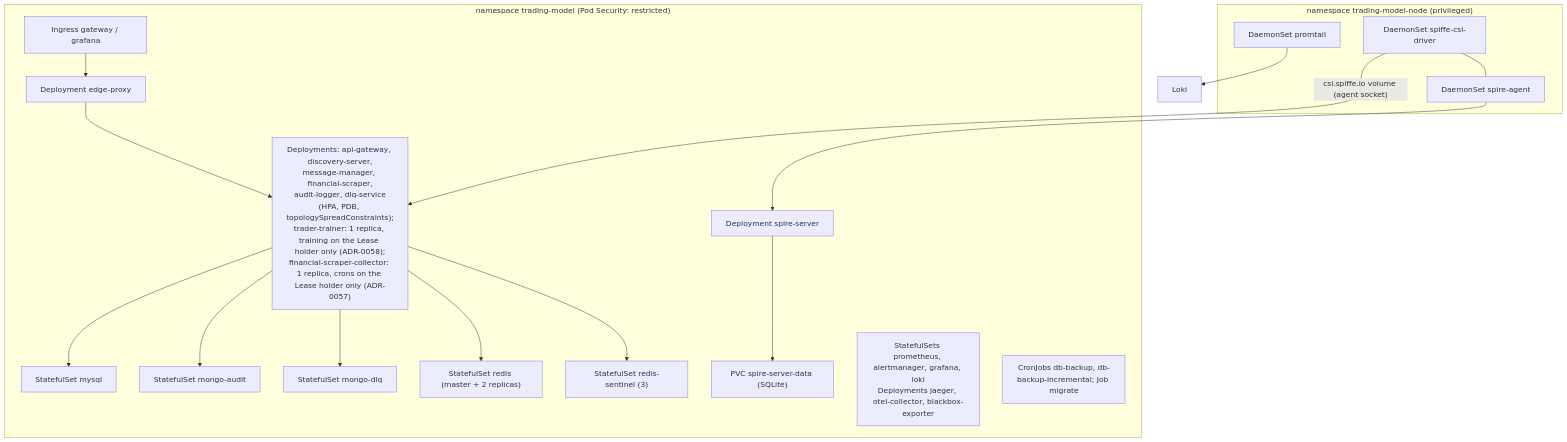
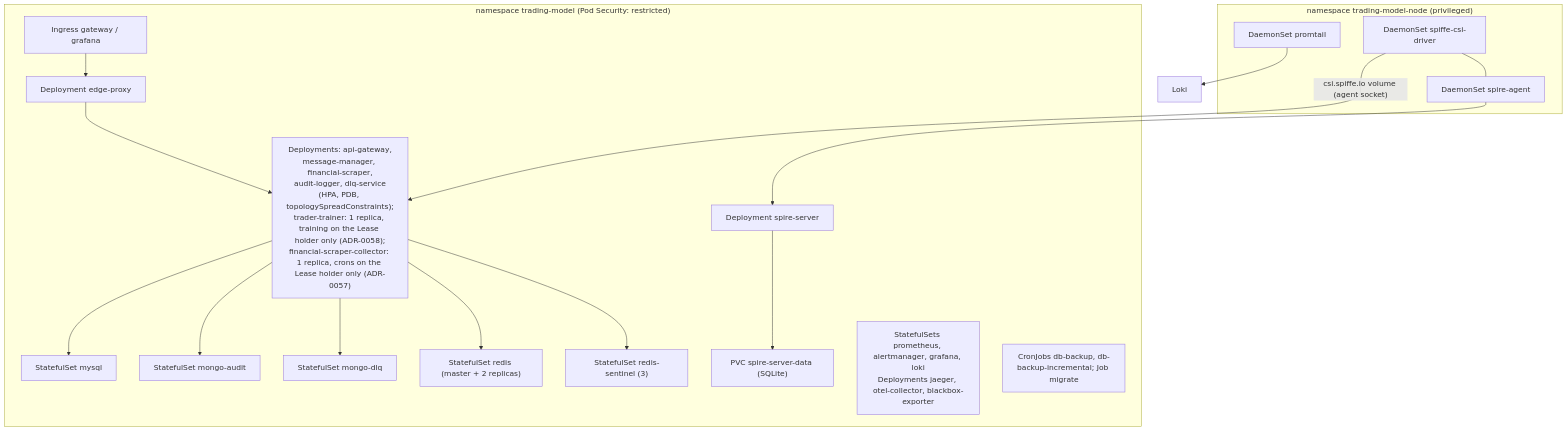
One commit to docteur-turboss/trading-model changed the third of 4 diagrams in docs/architecture/system-overview.md. Above: the diagram before and after it, drawn with Mermaid. The commit also changed other lines of this file and 361 other files, not shown here.

First line of the commit message:
:recycle:(discovery-server): release N+1 of retiring discovery-server, forward /v<major> and drop registration (#1244)

````diff
--- a/docs/architecture/system-overview.md
+++ b/docs/architecture/system-overview.md
@@ -78,24 +74,24 @@
 ```mermaid
 flowchart TB
   subgraph tm["namespace trading-model (Pod Security: restricted)"]
     ing["Ingress gateway / grafana"] --> edge["Deployment edge-proxy"]
-    edge --> svc["Deployments: api-gateway, discovery-server,<br/>message-manager, financial-scraper,<br/>audit-logger, dlq-service<br/>(HPA, PDB, topologySpreadConstraints);<br/>trader-trainer: 1 replica, training on the Lease holder only (ADR-0058);<br/>financial-scraper-collector: 1 replica, crons on the Lease holder only (ADR-0057)"]
+    edge --> svc["Deployments: api-gateway,<br/>message-manager, financial-scraper,<br/>audit-logger, dlq-service<br/>(HPA, PDB, topologySpreadConstraints);<br/>trader-trainer: 1 replica, training on the Lease holder only (ADR-0058);<br/>financial-scraper-collector: 1 replica, crons on the Lease holder only (ADR-0057)"]
     svc --> mysql["StatefulSet mysql"]
     svc --> mA["StatefulSet mongo-audit"]
     svc --> mD["StatefulSet mongo-dlq"]
     svc --> rd["StatefulSet redis (master + 2 replicas)"]
     svc --> rs["StatefulSet redis-sentinel (3)"]
     ss["Deployment spire-server"] --> sspvc["PVC spire-server-data (SQLite)"]
     obs["StatefulSets prometheus, alertmanager, grafana, loki<br/>Deployments jaeger, otel-collector, blackbox-exporter"]
     jobs["CronJobs db-backup, db-backup-incremental; Job migrate"]
   end
   subgraph node["namespace trading-model-node (privileged)"]
     agent["DaemonSet spire-agent"]
     csi["DaemonSet spiffe-csi-driver"]
     pt["DaemonSet promtail"]
   end
   csi -->|"csi.spiffe.io volume (agent socket)"| svc
   agent --> ss
   csi --- agent
   pt --> loki["Loki"]
 ```
````
